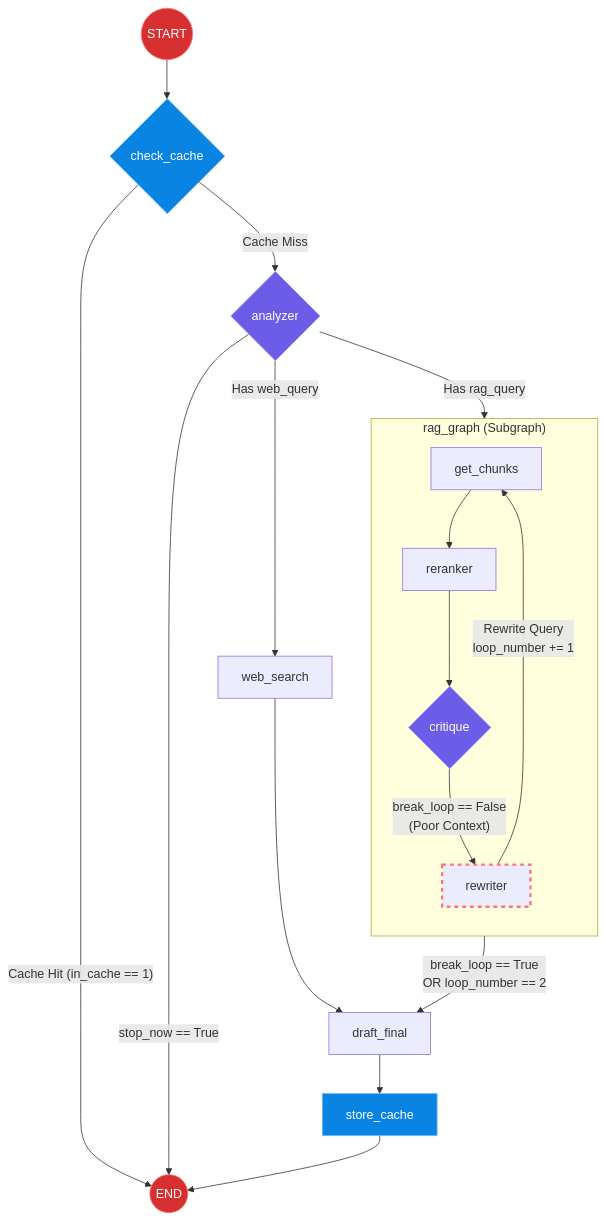
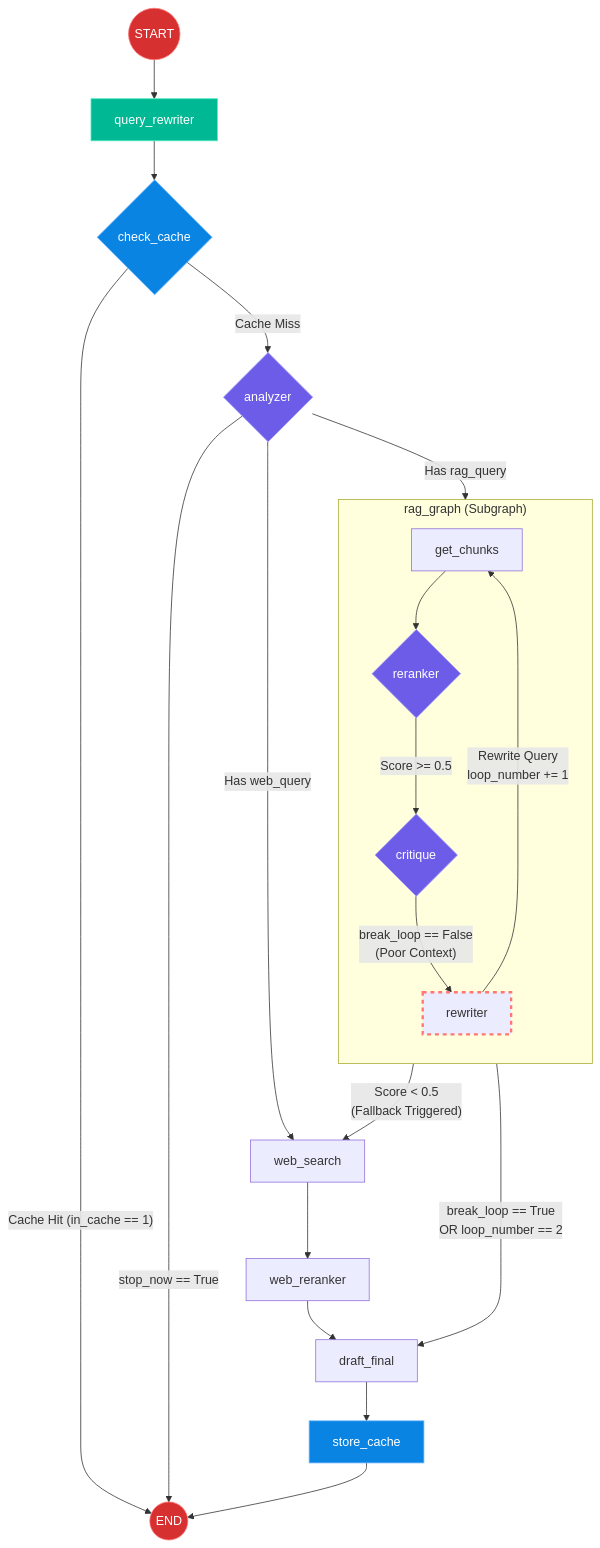
Before and after one commit to ashwath-tech/Open-Source-Agent: the diagram in README.md, drawn with Mermaid. The commit also changed other lines of this file and 1 other file, not shown here.

````diff
--- a/README.md
+++ b/README.md
@@ -11,50 +11,61 @@
 ```mermaid
 flowchart TD
     %% Define Styling
     classDef loop stroke:#ff7675,stroke-width:3px,stroke-dasharray: 5 5;
     classDef decision fill:#6c5ce7,color:#fff,stroke:#a29bfe;
     classDef cache fill:#0984e3,color:#fff,stroke:#74b9ff;
     classDef endpoint fill:#d63031,color:#fff,stroke:#ff7675;
+    classDef process fill:#00b894,color:#fff,stroke:#55efc4;
 
     %% Main Nodes
     Start((START)):::endpoint
     End((END)):::endpoint
     
+    QueryRewriter[query_rewriter]:::process
     CheckCache{check_cache}:::cache
     Analyzer{analyzer}:::decision
     WebSearch[web_search]
+    WebReranker[web_reranker]
     Final[draft_final]
     StoreCache[store_cache]:::cache
 
     %% Main Graph Routing
-    Start --> CheckCache
+    Start --> QueryRewriter
+    QueryRewriter --> CheckCache
     CheckCache -- "Cache Hit (in_cache == 1)" --> End
     CheckCache -- "Cache Miss" --> Analyzer
     
     Analyzer -- "stop_now == True" --> End
     Analyzer -- "Has web_query" --> WebSearch
 
+    %% Web Branch
+    WebSearch --> WebReranker
+    WebReranker --> Final
+
     %% RAG Subgraph Definition
     subgraph RAG_Pipeline ["rag_graph (Subgraph)"]
         direction TB
         GetChunks[get_chunks]
-        Reranker[reranker]
+        Reranker{reranker}:::decision
         Critique{critique}:::decision
         Rewriter[rewriter]:::loop
 
         GetChunks --> Reranker
-        Reranker --> Critique
+        Reranker -- "Score >= 0.5" --> Critique
         
         %% The Feedback Loop
         Critique -- "break_loop == False\n(Poor Context)" --> Rewriter
         Rewriter -- "Rewrite Query\nloop_number += 1" --> GetChunks
     end
 
     %% Subgraph Connections
     Analyzer -- "Has rag_query" --> GetChunks
+    
+    %% Dynamic Fallback Edge
+    Reranker -- "Score < 0.5\n(Fallback Triggered)" --> WebSearch
+    
     Critique -- "break_loop == True\nOR loop_number == 2" --> Final
-    WebSearch --> Final
     
     Final --> StoreCache
     StoreCache --> End
 ```
````
